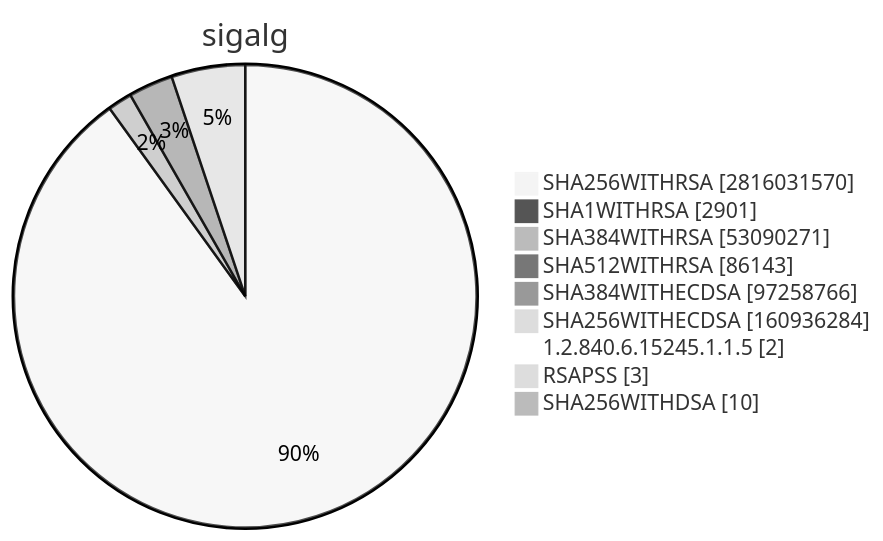
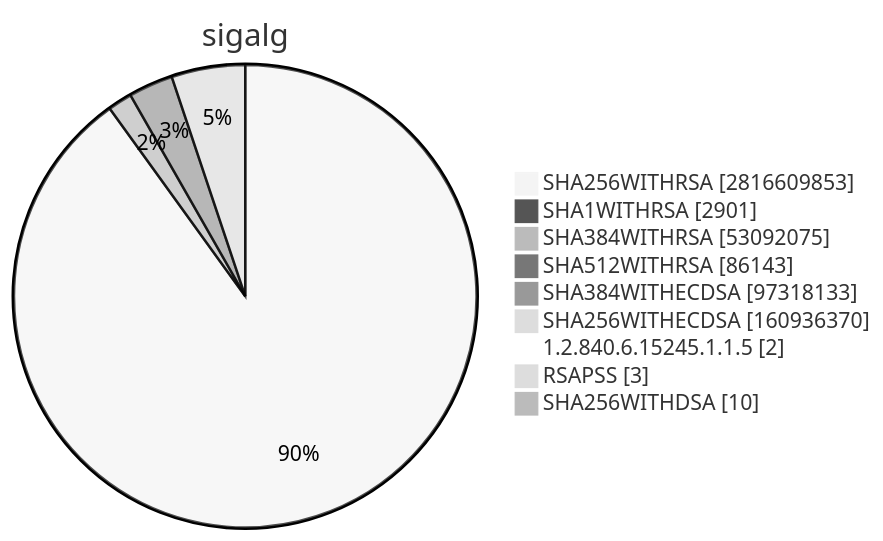
Diagram 15 of 15 in TOTAL/README.md (christiankrug/ctmonitor_visualization), drawn with Mermaid (neutral theme) before and after one commit. The commit also changed other lines of this file, not shown here.

````diff
--- a/TOTAL/README.md
+++ b/TOTAL/README.md
@@ -6207,13 +6207,13 @@
 ```mermaid
 pie showData
 title sigalg
-"SHA256WITHRSA" :2816031570
+"SHA256WITHRSA" :2816609853
 "SHA1WITHRSA" :2901
-"SHA384WITHRSA" :53090271
+"SHA384WITHRSA" :53092075
 "SHA512WITHRSA" :86143
-"SHA384WITHECDSA" :97258766
-"SHA256WITHECDSA" :160936284
+"SHA384WITHECDSA" :97318133
+"SHA256WITHECDSA" :160936370
 "1.2.840.6.15245.1.1.5" :2
 "RSAPSS" :3
 "SHA256WITHDSA" :10
 ```
````
